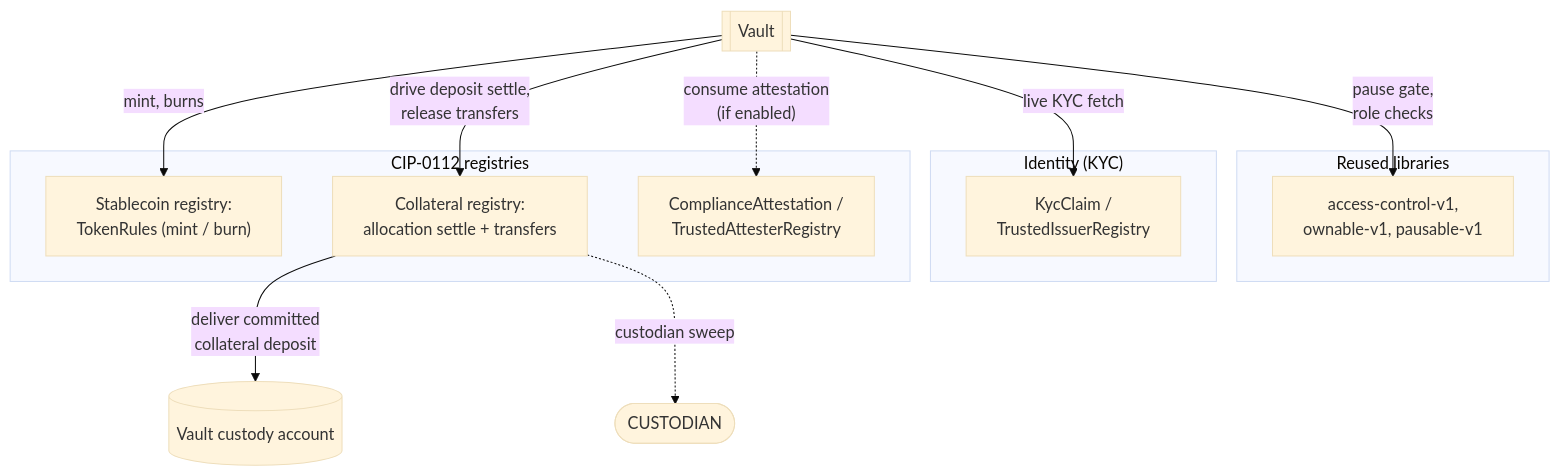
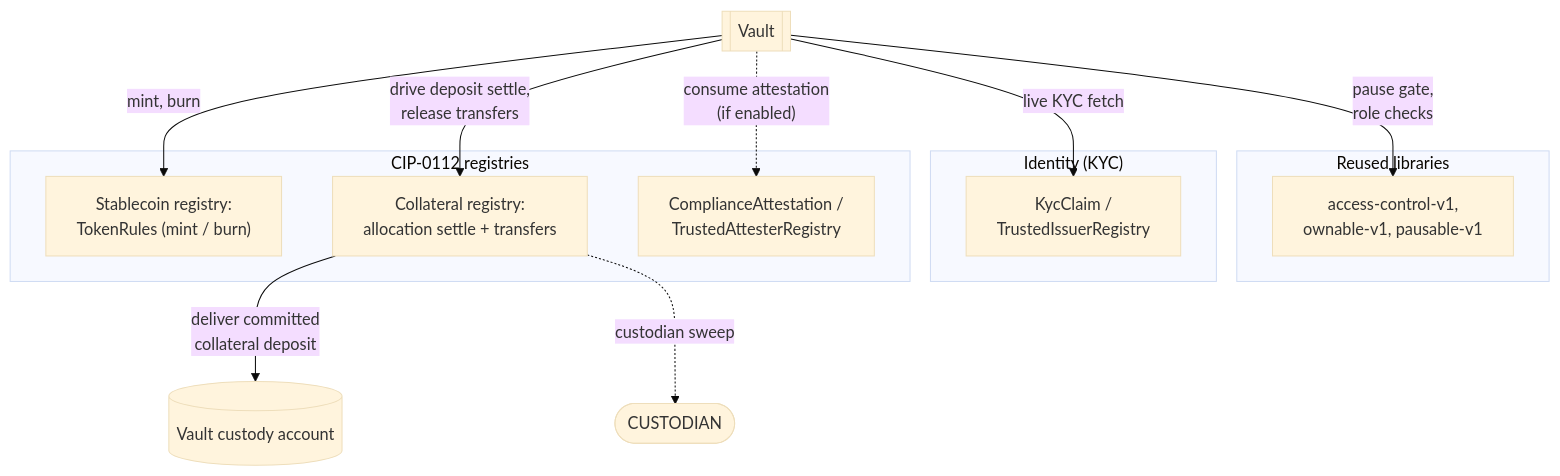
Before and after one commit to OpenZeppelin/canton-specs: the second of 7 diagrams in docs/reference-architectures/lending.md, drawn with Mermaid (base theme). The commit also changed other lines of this file, not shown here.

````diff
--- a/docs/reference-architectures/lending.md
+++ b/docs/reference-architectures/lending.md
@@ -157,28 +157,28 @@
 ```mermaid
 flowchart TB
     Vault[["Vault"]]
     Custody[("Vault custody account")]
     Custodian([CUSTODIAN])
 
     subgraph Libraries["Reused libraries"]
         Gov["access-control-v1,<br/>ownable-v1, pausable-v1"]
     end
 
     subgraph Identity["Identity (KYC)"]
         Kyc["KycClaim /<br/>TrustedIssuerRegistry"]
     end
 
     subgraph Rail["CIP-0112 registries"]
         Rules["Stablecoin registry:<br/>TokenRules (mint / burn)"]
         Coll["Collateral registry:<br/>allocation settle + transfers"]
         Att["ComplianceAttestation /<br/>TrustedAttesterRegistry"]
     end
 
     Vault -->|"pause gate,<br/>role checks"| Gov
     Vault -->|"live KYC fetch"| Kyc
-    Vault -->|"mint, burns"| Rules
+    Vault -->|"mint, burn"| Rules
     Vault -.->|"consume attestation<br/>(if enabled)"| Att
     Vault -->|"drive deposit settle,<br/>release transfers"| Coll
     Coll -->|"deliver committed<br/>collateral deposit"| Custody
     Coll -.->|"custodian sweep"| Custodian
 ```
````
